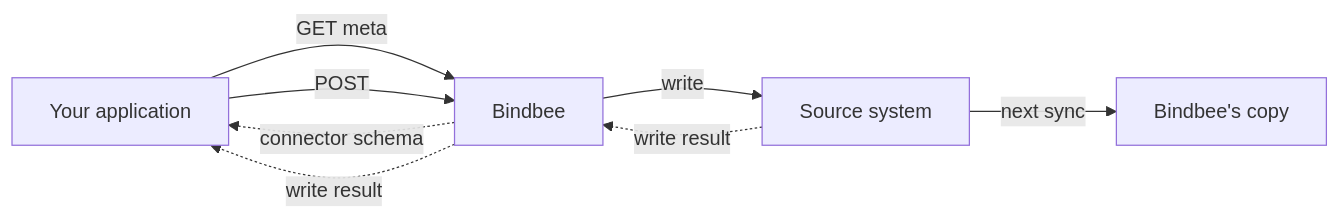
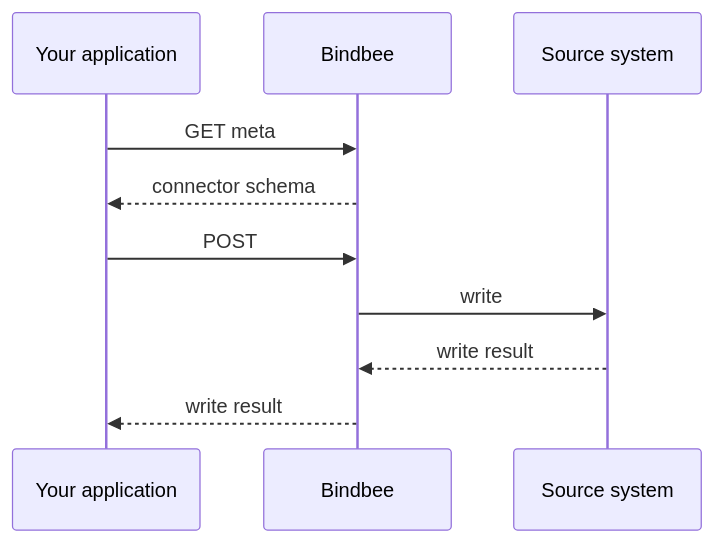
The diagram in guides/reading-writing/writing-data.mdx (kaval1810/bindbee-docs-test), drawn with Mermaid before and after one commit. The commit also changed other lines of this file and 6 other files, not shown here.

````diff
--- a/guides/reading-writing/writing-data.mdx
+++ b/guides/reading-writing/writing-data.mdx
@@ -12,10 +12,13 @@
 ```mermaid
-flowchart LR
-    YOU["Your application"] -->|"GET meta"| BB["Bindbee"]
-    BB -.->|"connector schema"| YOU
-    YOU -->|POST| BB
-    BB -->|write| SRC["Source system"]
-    SRC -.->|"write result"| BB
-    BB -.->|"write result"| YOU
-    SRC -->|"next sync"| COPY["Bindbee's copy"]
+sequenceDiagram
+    participant YOU as Your application
+    participant BB as Bindbee
+    participant SRC as Source system
+
+    YOU->>BB: GET meta
+    BB-->>YOU: connector schema
+    YOU->>BB: POST
+    BB->>SRC: write
+    SRC-->>BB: write result
+    BB-->>YOU: write result
 ```
````
